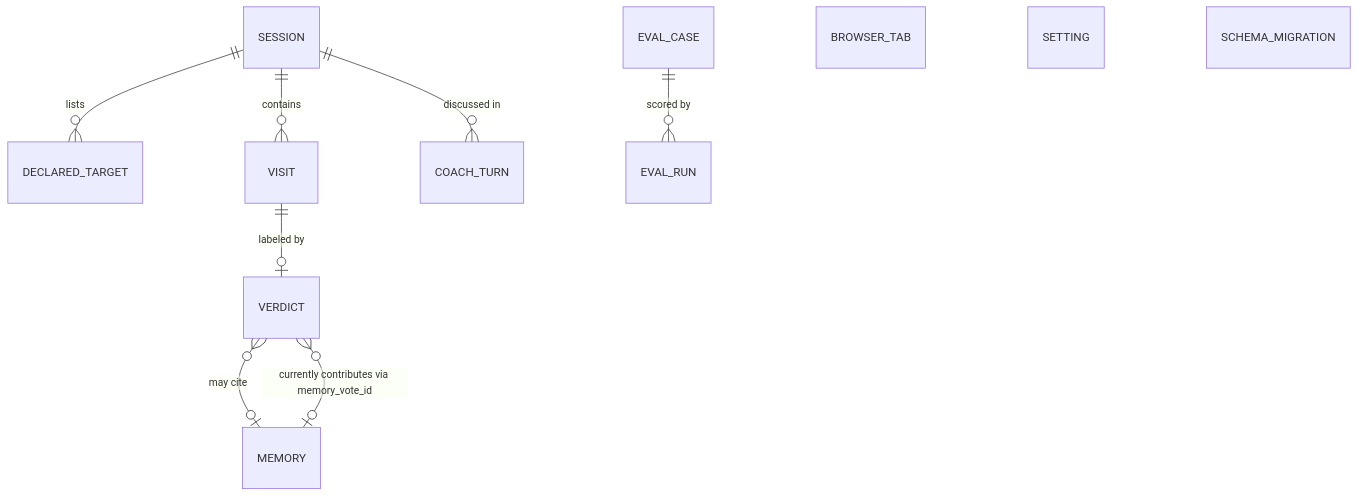
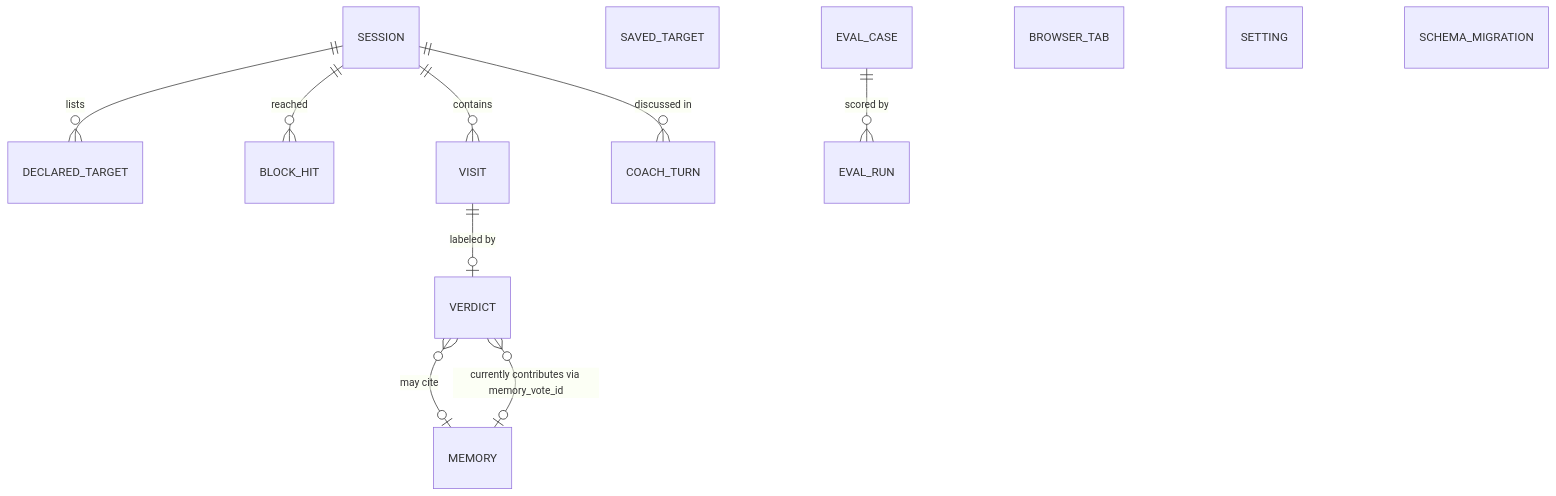
Before and after one commit to Alexandre-Nevero/focuslocal: the diagram in docs/data-model.md, drawn with Mermaid. The commit also changed other lines of this file and 7 other files, not shown here.

````diff
--- a/docs/data-model.md
+++ b/docs/data-model.md
@@ -17,13 +17,15 @@
 ```mermaid
 erDiagram
   SESSION ||--o{ DECLARED_TARGET : "lists"
+  SESSION ||--o{ BLOCK_HIT : "reached"
+  SAVED_TARGET
   SESSION ||--o{ VISIT : "contains"
   SESSION ||--o{ COACH_TURN : "discussed in"
   VISIT ||--o| VERDICT : "labeled by"
   VERDICT }o--o| MEMORY : "may cite"
   VERDICT }o--o| MEMORY : "currently contributes via memory_vote_id"
   EVAL_CASE ||--o{ EVAL_RUN : "scored by"
   BROWSER_TAB
   SETTING
   SCHEMA_MIGRATION
 ```
````
